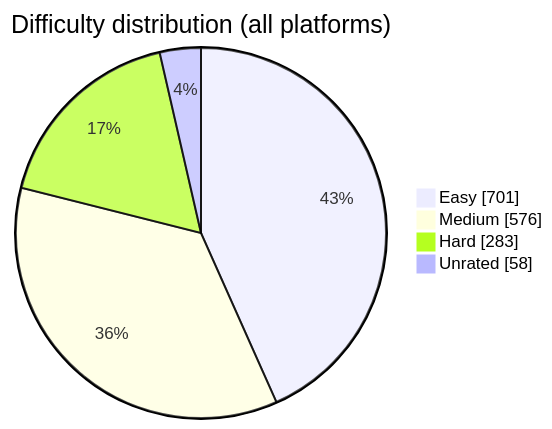
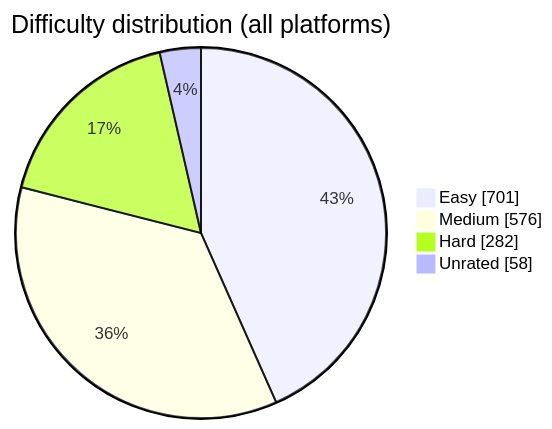
One commit to BuildbyArindam/Daily-Coding-Log changed the diagram in README.md. Above: the diagram before and after it, drawn with Mermaid. The commit also changed other lines of this file, not shown here.

````diff
--- a/README.md
+++ b/README.md
@@ -93,7 +93,7 @@
 ```mermaid
 pie showData title Difficulty distribution (all platforms)
     "Easy" : 701
     "Medium" : 576
-    "Hard" : 283
+    "Hard" : 282
     "Unrated" : 58
 ```
````
